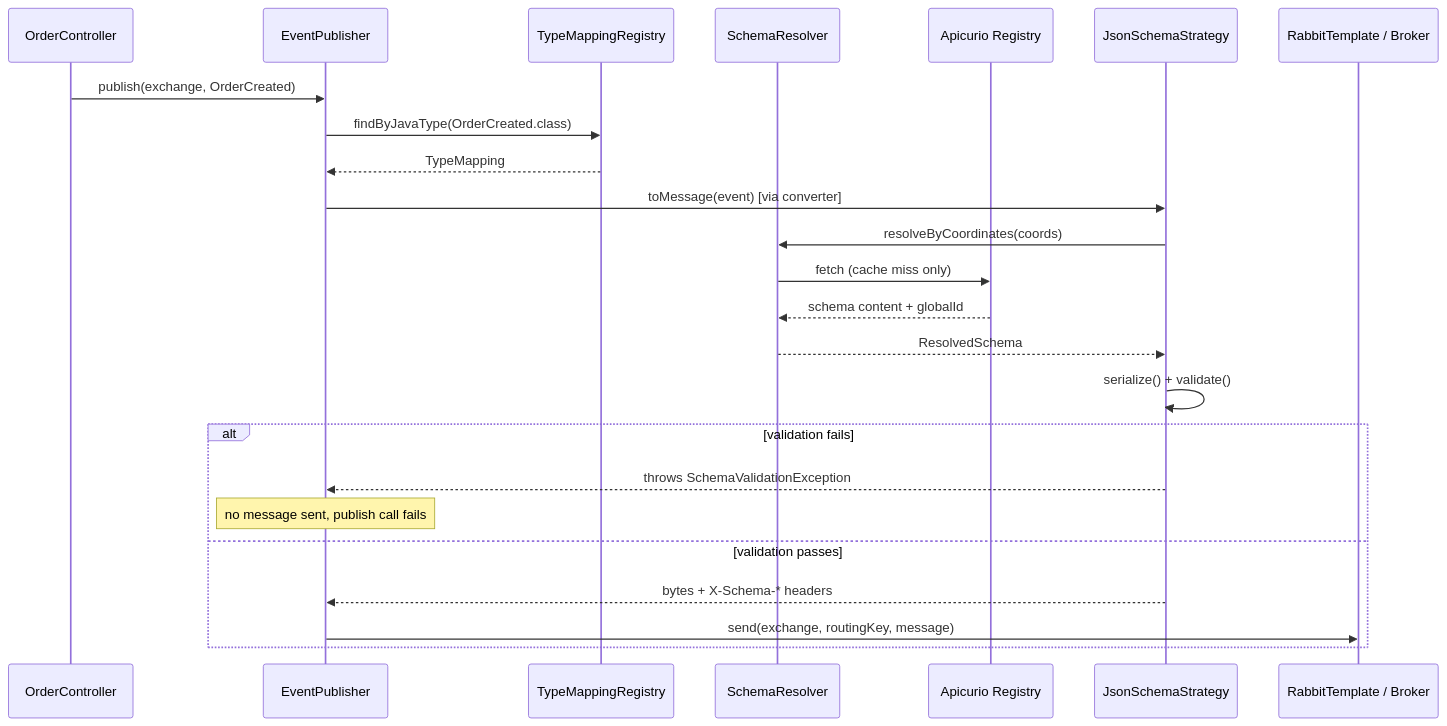
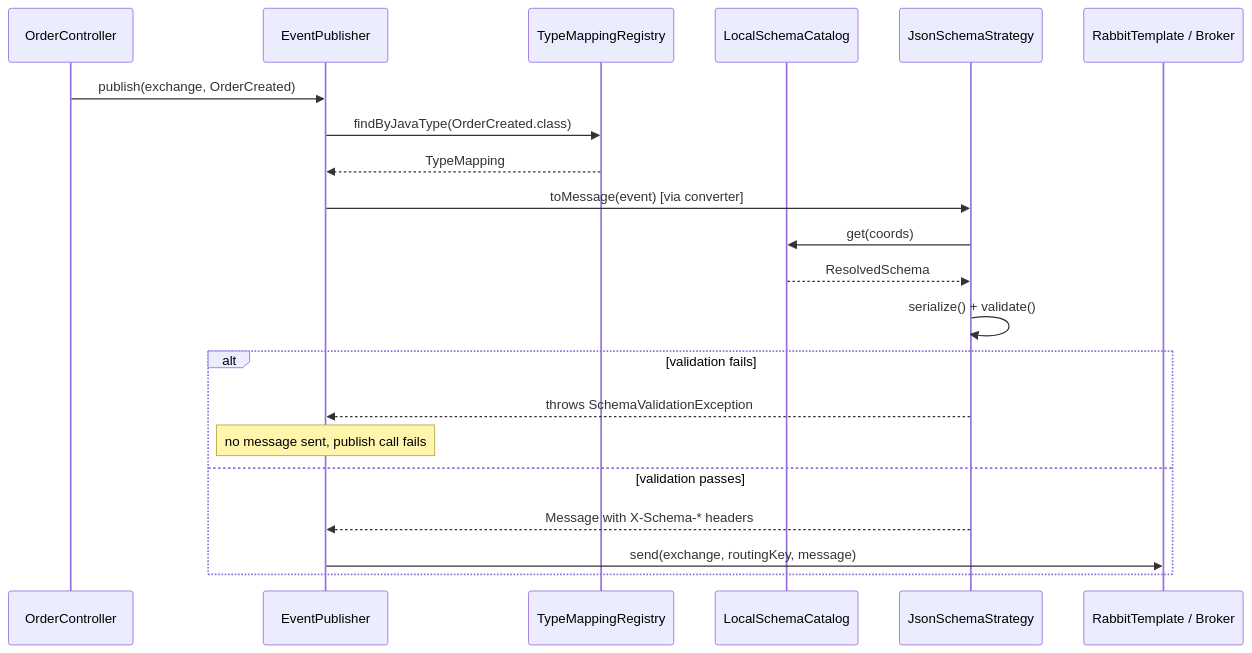
Before and after one commit to anarefin/schema-registry-demo: the second of 4 diagrams in docs/TUTORIAL.md, drawn with Mermaid. The commit also changed other lines of this file and 68 other files, not shown here.

````diff
--- a/docs/TUTORIAL.md
+++ b/docs/TUTORIAL.md
@@ -257,27 +253,24 @@
 ```mermaid
 sequenceDiagram
     participant C as OrderController
     participant P as EventPublisher
     participant TM as TypeMappingRegistry
-    participant SR as SchemaResolver
-    participant AR as Apicurio Registry
+    participant Cat as LocalSchemaCatalog
     participant JS as JsonSchemaStrategy
     participant RT as RabbitTemplate / Broker
 
     C->>P: publish(exchange, OrderCreated)
     P->>TM: findByJavaType(OrderCreated.class)
     TM-->>P: TypeMapping
     P->>JS: toMessage(event) [via converter]
-    JS->>SR: resolveByCoordinates(coords)
-    SR->>AR: fetch (cache miss only)
-    AR-->>SR: schema content + globalId
-    SR-->>JS: ResolvedSchema
+    JS->>Cat: get(coords)
+    Cat-->>JS: ResolvedSchema
     JS->>JS: serialize() + validate()
     alt validation fails
         JS-->>P: throws SchemaValidationException
         Note over P: no message sent, publish call fails
     else validation passes
-        JS-->>P: bytes + X-Schema-* headers
+        JS-->>P: Message with X-Schema-* headers
         P->>RT: send(exchange, routingKey, message)
     end
 ```
````
